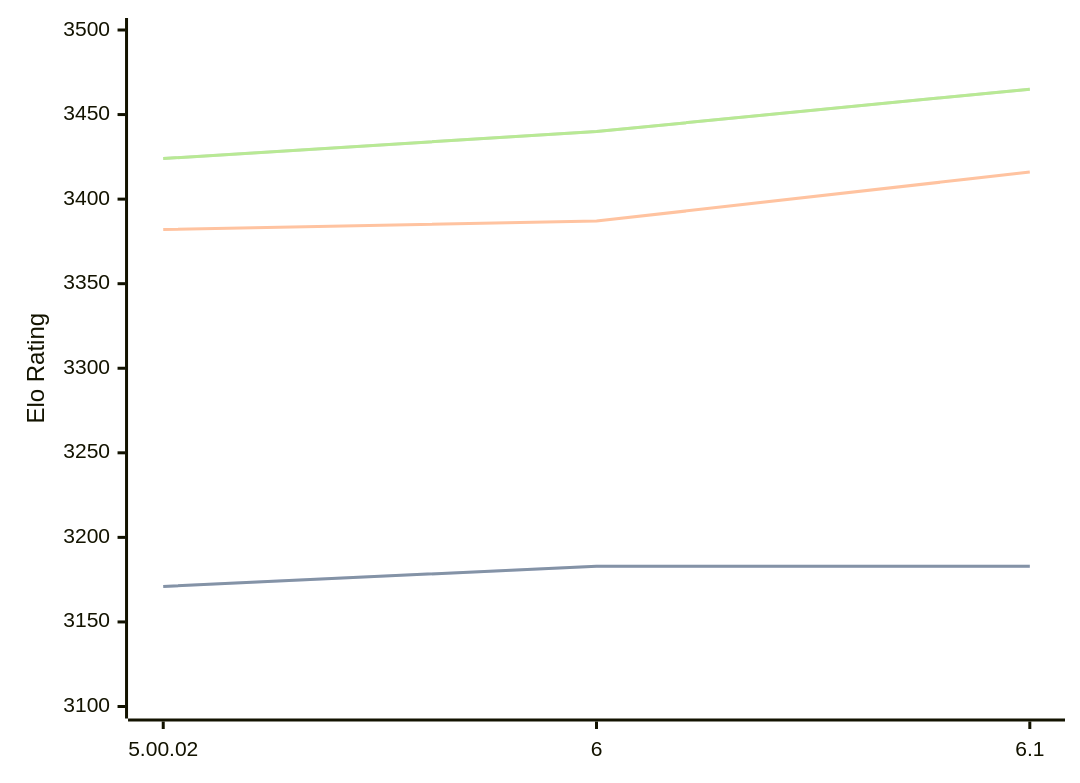
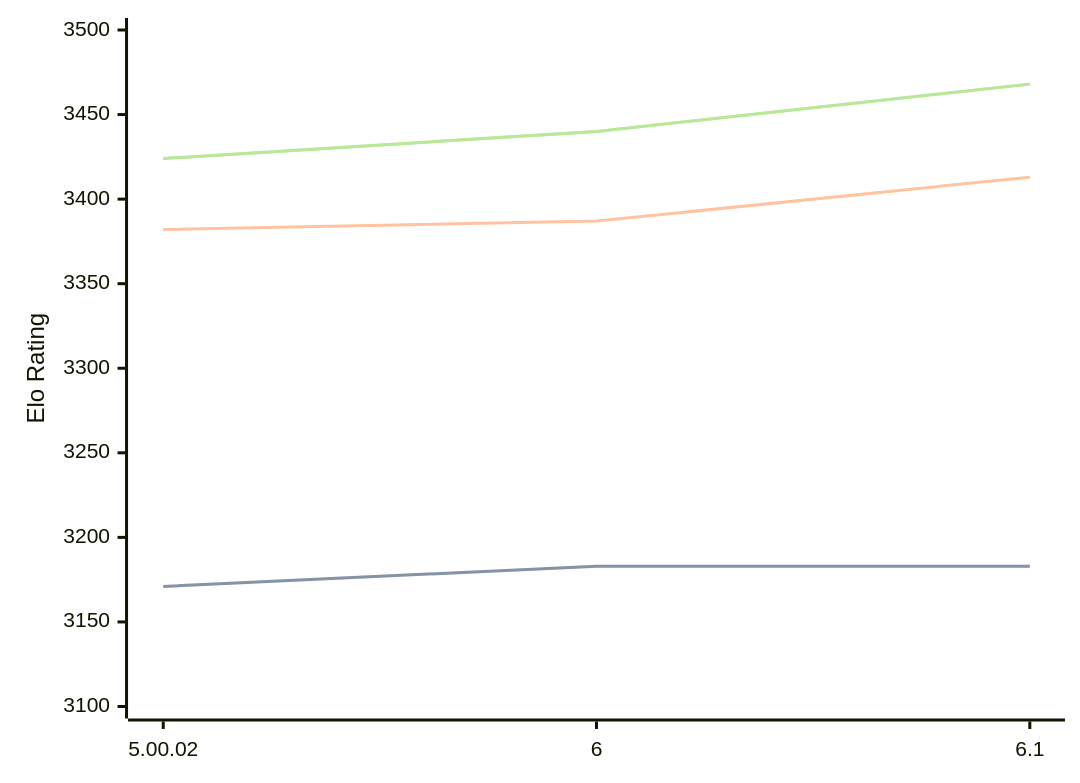
One commit to computer-chess-index/cci changed the diagram in engines/Zangdar.md. Above: the diagram before and after it, drawn with Mermaid. The commit also changed other lines of this file, not shown here.

Commit message:
Update CCI Ratings (ELO VLTC) - 2026-02-13

````diff
--- a/engines/Zangdar.md
+++ b/engines/Zangdar.md
@@ -42,11 +42,11 @@
 ```mermaid
 %%{init: {"theme":"base","themeVariables":{"seriesColors:['#a3a3a3','#222221','#faa371']}}}%%
 xychart-beta
   x-axis ["5.00.02", "6", "6.1"]
   y-axis "Elo Rating" 3100 --> 3500
   line "STC (8.0+0.08s)" [3171, 3183, 3183]
   line "STC (8.0+0.08s)" [3171, 3183, 3183]
-  line "LTC (60.0+0.60s)" [3382, 3387, 3416]
-  line "VLTC (2m24s+1.12s)" [3424, 3440, 3465]
-  line "VLTC (2m24s+1.12s)" [3424, 3440, 3465]
+  line "LTC (60.0+0.60s)" [3382, 3387, 3413]
+  line "VLTC (2m24s+1.12s)" [3424, 3440, 3468]
+  line "VLTC (2m24s+1.12s)" [3424, 3440, 3468]
 ```
````
